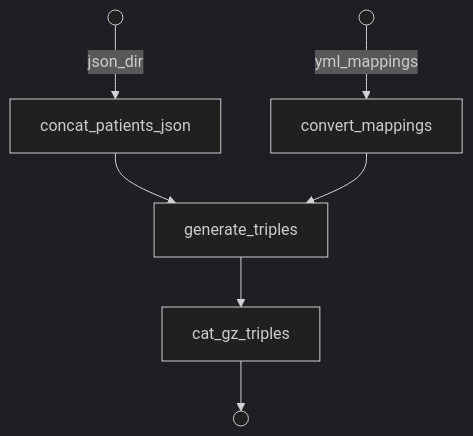
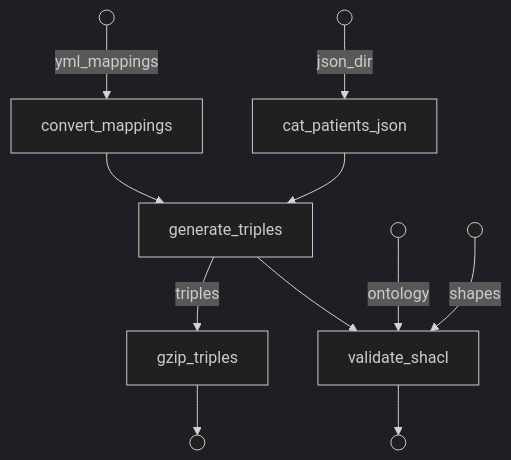
The diagram in docs/assets/dag.mmd (sdsc-ordes/demo-biomedit-workflow), drawn with Mermaid (dark theme) before and after one commit. The commit also changed 1 other file, not shown here.

Commit message:
docs: update readme with shacl step

```diff
--- a/docs/assets/dag.mmd
+++ b/docs/assets/dag.mmd
@@ -1,14 +1,22 @@
 flowchart TD
     p0(( ))
-    p1[concat_patients_json]
+    p1[cat_patients_json]
     p2(( ))
     p3[convert_mappings]
     p4[generate_triples]
-    p5[cat_gz_triples]
+    p5(( ))
     p6(( ))
+    p7[validate_shacl]
+    p8(( ))
+    p9[gzip_triples]
+    p10(( ))
     p0 -->|json_dir| p1
     p1 --> p4
     p2 -->|yml_mappings| p3
     p3 --> p4
-    p4 --> p5
-    p5 --> p6
+    p4 --> p7
+    p5 -->|ontology| p7
+    p6 -->|shapes| p7
+    p7 --> p8
+    p4 -->|triples| p9
+    p9 --> p10
```
